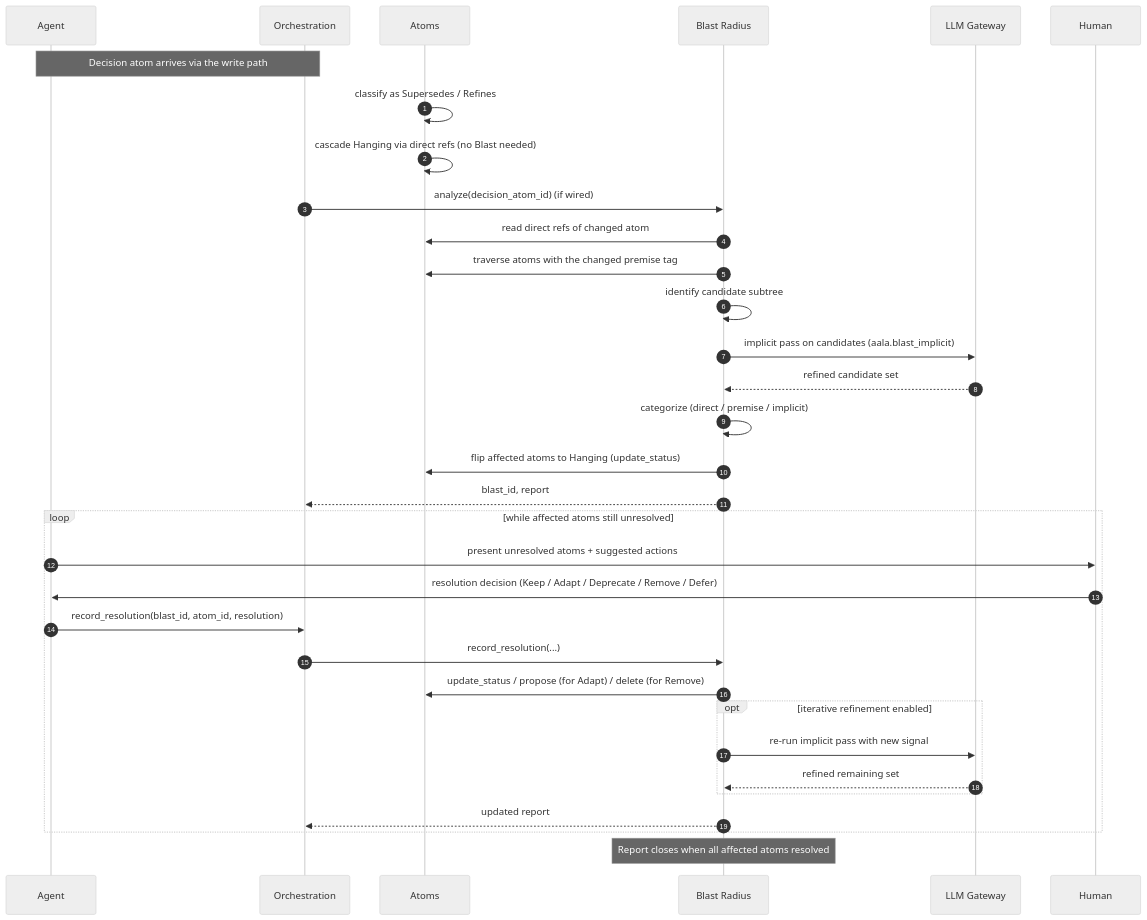
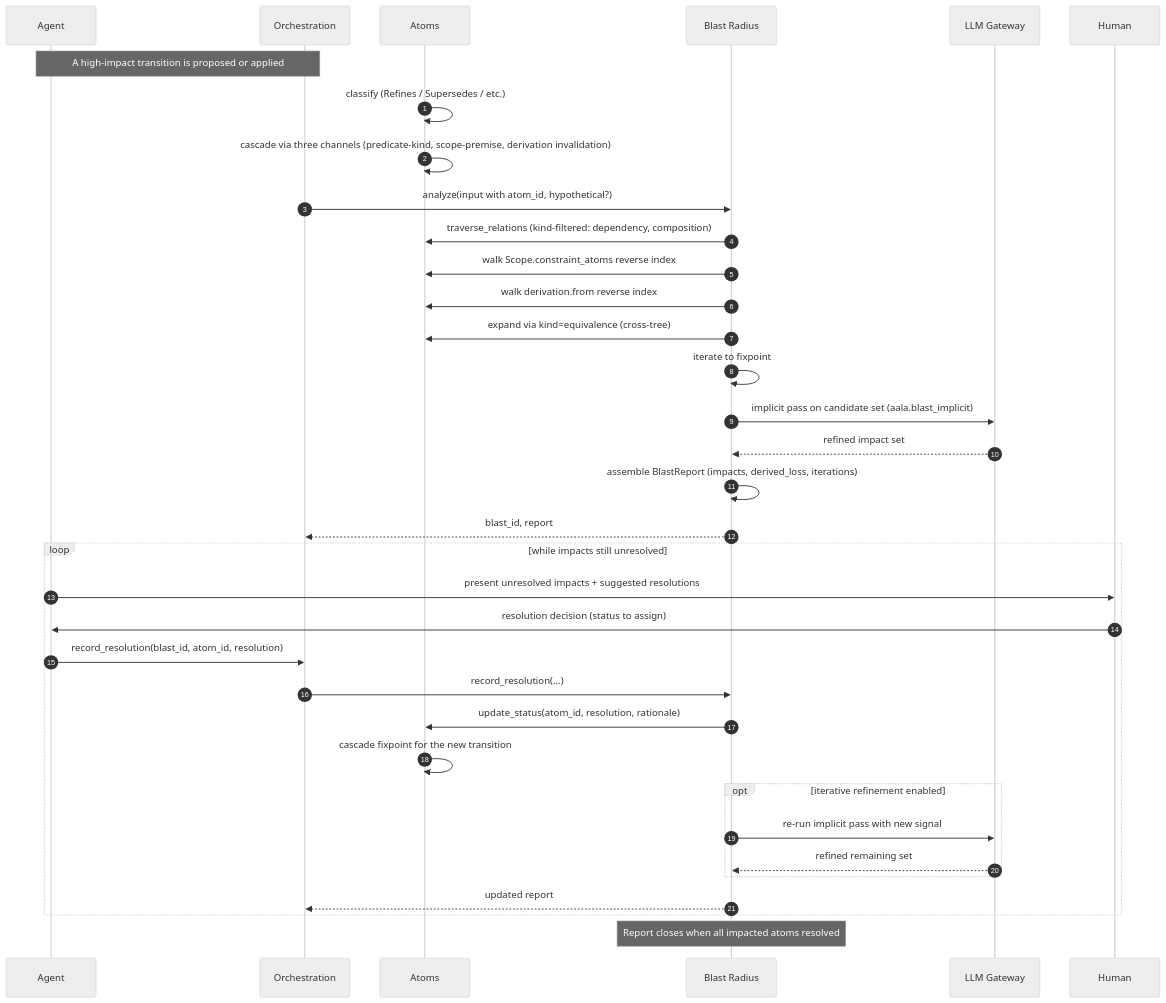
The third of 4 diagrams in docs/L2/11-flows.md (Gubbi/aala), drawn with Mermaid (neutral theme) before and after one commit. The commit also changed other lines of this file and 68 other files, not shown here.

````diff
--- a/docs/L2/11-flows.md
+++ b/docs/L2/11-flows.md
@@ -117,38 +124,40 @@
 ```mermaid
 sequenceDiagram
     autonumber
     participant Agent
     participant Orch as Orchestration
     participant Atoms
     participant Blast as Blast Radius
     participant LLM as LLM Gateway
     participant Human
 
-    Note over Agent,Orch: Decision atom arrives via the write path
-    Atoms->>Atoms: classify as Supersedes / Refines
-    Atoms->>Atoms: cascade Hanging via direct refs (no Blast needed)
-    Orch->>Blast: analyze(decision_atom_id) (if wired)
-    Blast->>Atoms: read direct refs of changed atom
-    Blast->>Atoms: traverse atoms with the changed premise tag
-    Blast->>Blast: identify candidate subtree
-    Blast->>LLM: implicit pass on candidates (aala.blast_implicit)
-    LLM-->>Blast: refined candidate set
-    Blast->>Blast: categorize (direct / premise / implicit)
-    Blast->>Atoms: flip affected atoms to Hanging (update_status)
+    Note over Agent,Orch: A high-impact transition is proposed or applied
+    Atoms->>Atoms: classify (Refines / Supersedes / etc.)
+    Atoms->>Atoms: cascade via three channels (predicate-kind, scope-premise, derivation invalidation)
+    Orch->>Blast: analyze(input with atom_id, hypothetical?)
+    Blast->>Atoms: traverse_relations (kind-filtered: dependency, composition)
+    Blast->>Atoms: walk Scope.constraint_atoms reverse index
+    Blast->>Atoms: walk derivation.from reverse index
+    Blast->>Atoms: expand via kind=equivalence (cross-tree)
+    Blast->>Blast: iterate to fixpoint
+    Blast->>LLM: implicit pass on candidate set (aala.blast_implicit)
+    LLM-->>Blast: refined impact set
+    Blast->>Blast: assemble BlastReport (impacts, derived_loss, iterations)
     Blast-->>Orch: blast_id, report
 
-    loop while affected atoms still unresolved
-        Agent->>Human: present unresolved atoms + suggested actions
-        Human->>Agent: resolution decision (Keep / Adapt / Deprecate / Remove / Defer)
+    loop while impacts still unresolved
+        Agent->>Human: present unresolved impacts + suggested resolutions
+        Human->>Agent: resolution decision (status to assign)
         Agent->>Orch: record_resolution(blast_id, atom_id, resolution)
         Orch->>Blast: record_resolution(...)
-        Blast->>Atoms: update_status / propose (for Adapt) / delete (for Remove)
+        Blast->>Atoms: update_status(atom_id, resolution, rationale)
+        Atoms->>Atoms: cascade fixpoint for the new transition
         opt iterative refinement enabled
             Blast->>LLM: re-run implicit pass with new signal
             LLM-->>Blast: refined remaining set
         end
         Blast-->>Orch: updated report
     end
 
-    Note over Blast: Report closes when all affected atoms resolved
+    Note over Blast: Report closes when all impacted atoms resolved
 ```
````
